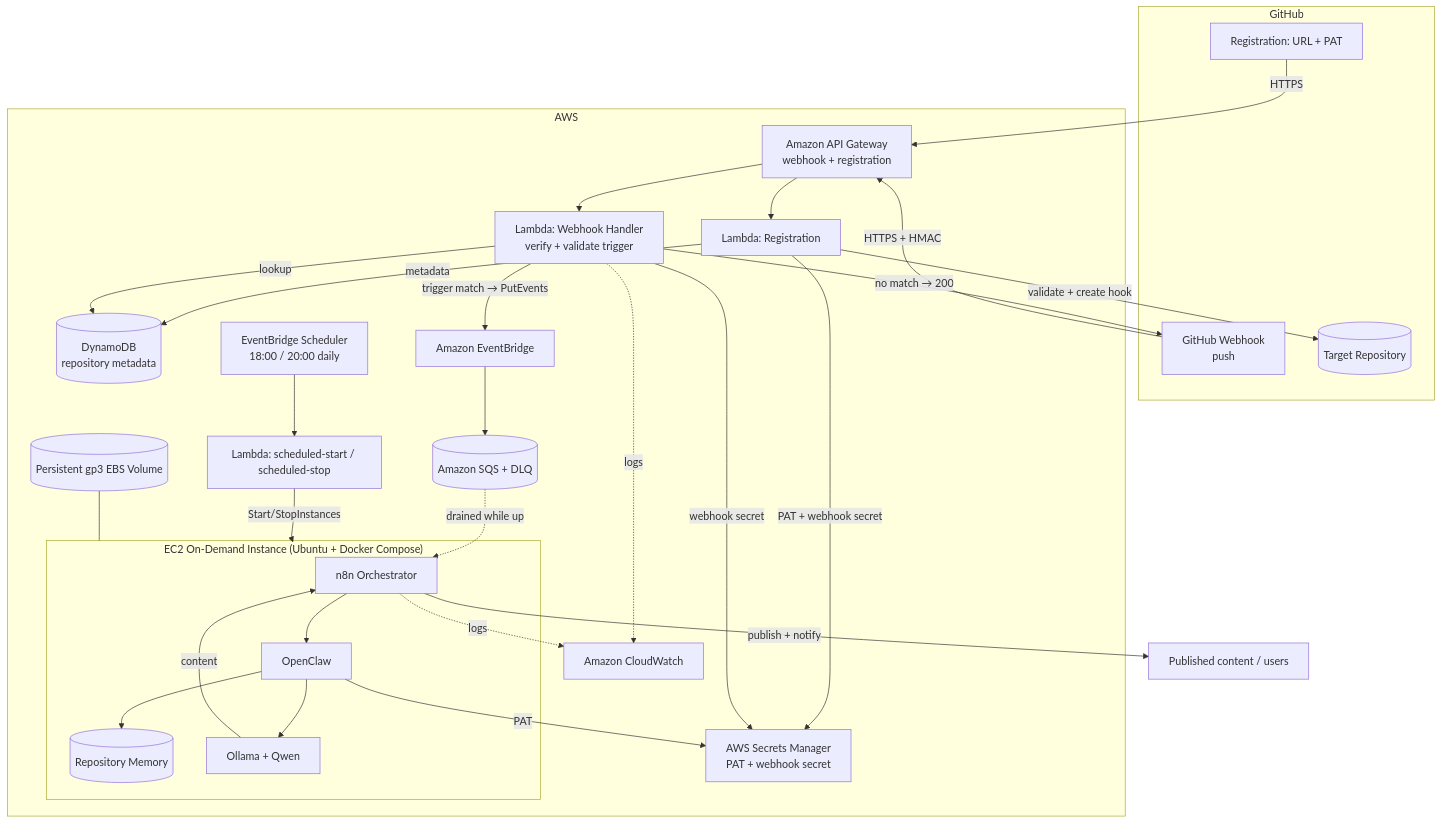
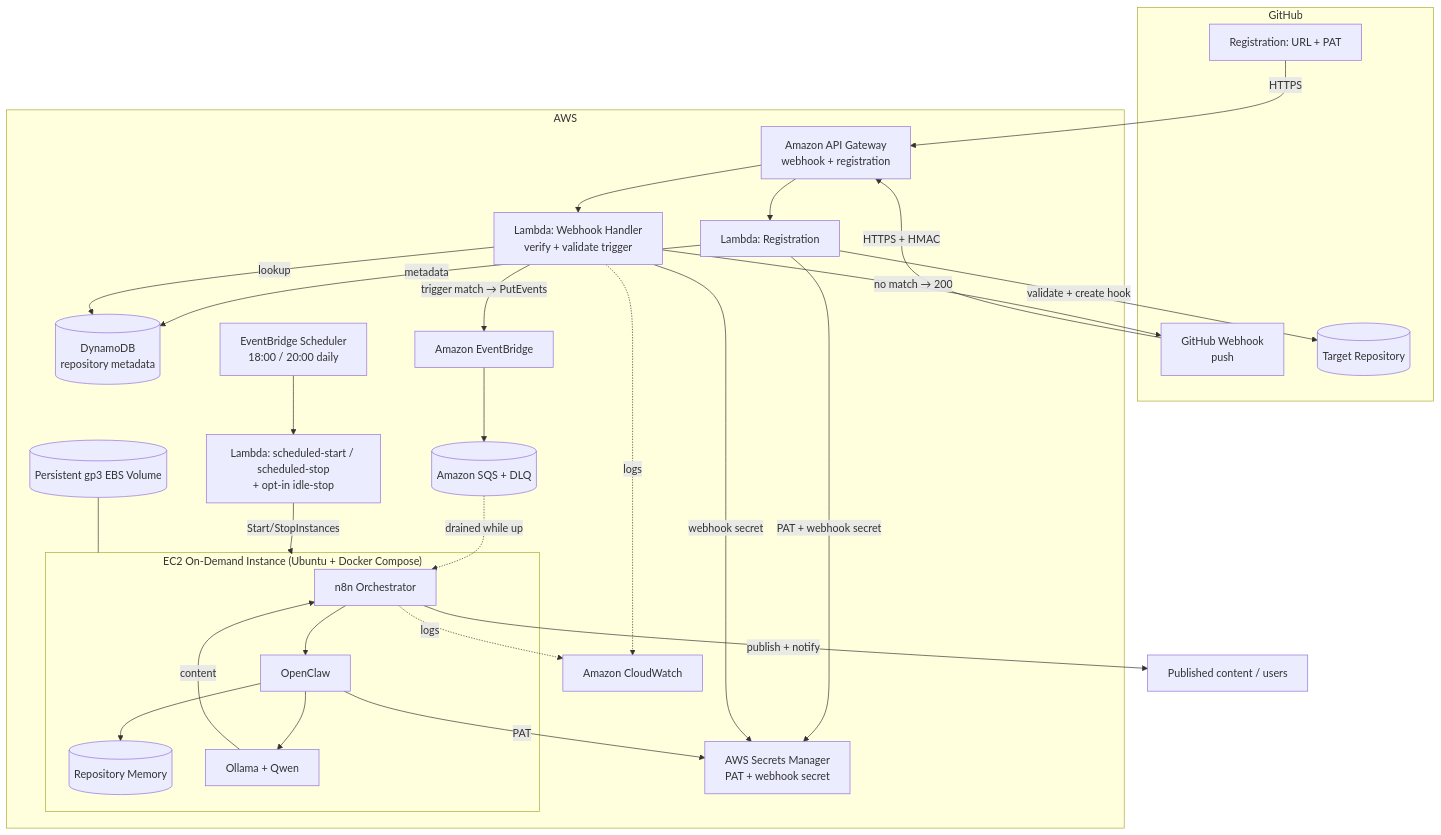
Before and after one commit to teddynted/ai-github-repository-blog-generator: the third of 8 diagrams in docs/architecture.md, drawn with Mermaid. The commit also changed other lines of this file and 2 other files, not shown here.

First line of the commit message:
docs(diagrams): reflect idle auto-stop in scheduler/architecture diagrams

````diff
--- a/docs/architecture.md
+++ b/docs/architecture.md
@@ -84,49 +84,49 @@
 ```mermaid
 flowchart TB
     subgraph GitHub
         REG[Registration: URL + PAT]
         EVT[GitHub Webhook<br/>push]
         REPO[(Target Repository)]
     end
 
     subgraph AWS
         APIGW[Amazon API Gateway<br/>webhook + registration]
         RL[Lambda: Registration]
         LH[Lambda: Webhook Handler<br/>verify + validate trigger]
         SM[AWS Secrets Manager<br/>PAT + webhook secret]
         DDB[(DynamoDB<br/>repository metadata)]
         EB[Amazon EventBridge]
         SQS[(Amazon SQS + DLQ)]
         SCH[EventBridge Scheduler<br/>18:00 / 20:00 daily]
-        PWR[Lambda: scheduled-start / scheduled-stop]
+        PWR[Lambda: scheduled-start / scheduled-stop<br/>+ opt-in idle-stop]
         subgraph EC2["EC2 On-Demand Instance (Ubuntu + Docker Compose)"]
             N8N[n8n Orchestrator]
             OC[OpenClaw]
             MEM[(Repository Memory)]
             OLL[Ollama + Qwen]
         end
         EBS[(Persistent gp3 EBS Volume)]
         CW[Amazon CloudWatch]
     end
 
     REG -->|HTTPS| APIGW --> RL
     RL -->|validate + create hook| REPO
     RL -->|metadata| DDB
     RL -->|PAT + webhook secret| SM
     EVT -->|HTTPS + HMAC| APIGW --> LH
     LH -->|lookup| DDB
     LH -->|webhook secret| SM
     LH -->|trigger match → PutEvents| EB
     LH -->|no match → 200| EVT
     EB --> SQS
     SCH --> PWR -->|Start/StopInstances| EC2
     SQS -.->|drained while up| N8N
     N8N --> OC --> MEM
     OC -->|PAT| SM
     OC --> OLL
     OLL -->|content| N8N
     N8N -->|publish + notify| OUT[Published content / users]
     EBS --- EC2
     LH -. logs .-> CW
     N8N -. logs .-> CW
 ```
````
